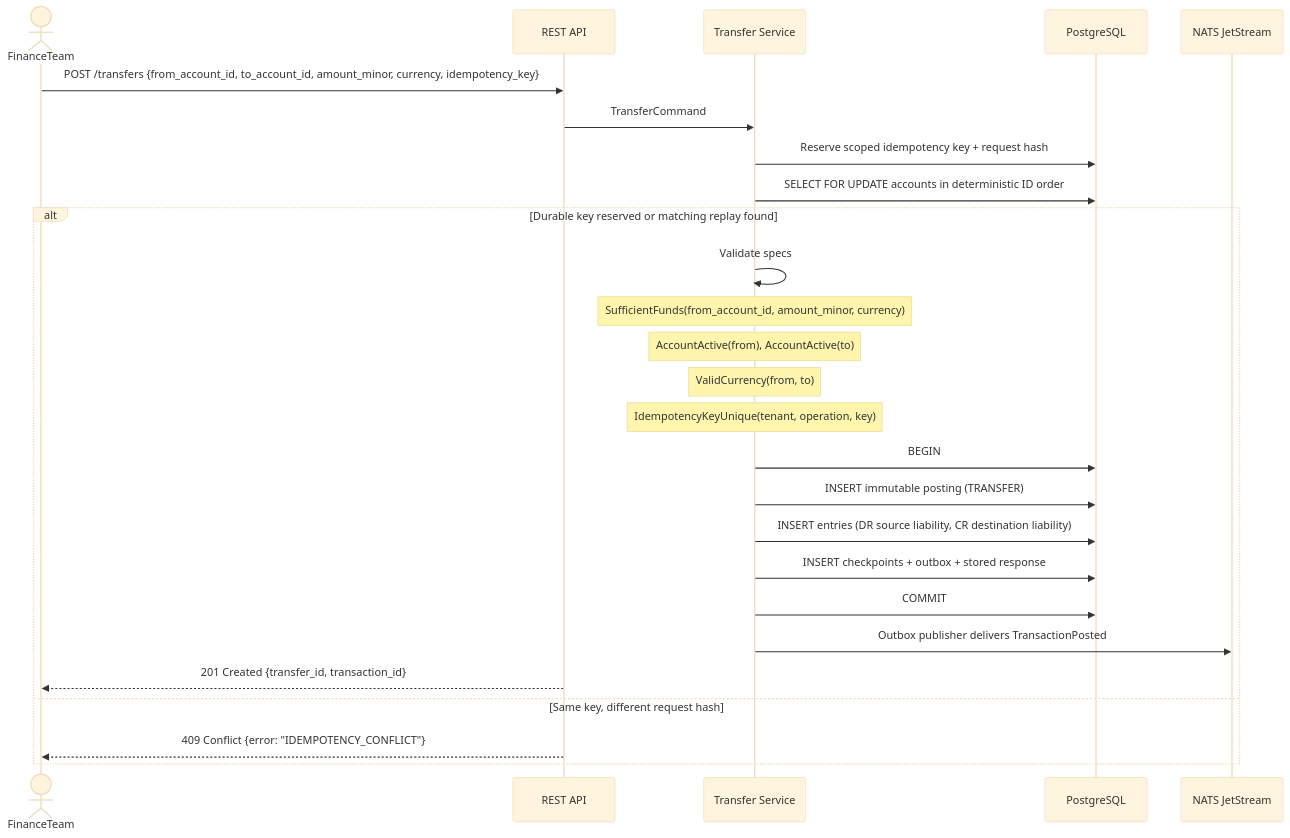
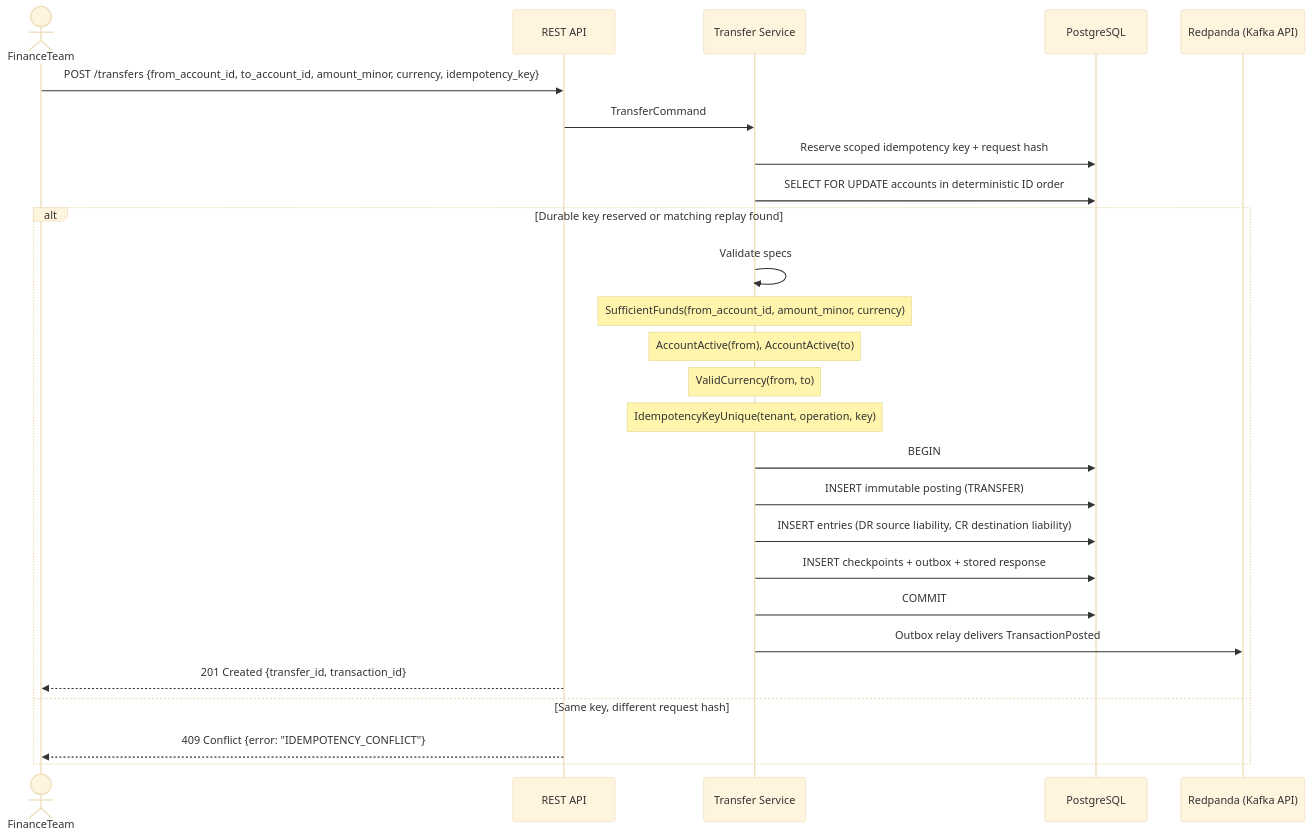
One commit to kadekutama/go-template changed the second of 7 diagrams in docs/user-journeys.md. Above: the diagram before and after it, drawn with Mermaid (base theme). The commit also changed other lines of this file and 48 other files, not shown here.

First line of the commit message:
feat(arch): distributed architecture evolution & hybrid migration planning

````diff
--- a/docs/user-journeys.md
+++ b/docs/user-journeys.md
@@ -93,29 +93,29 @@
 ```mermaid
 sequenceDiagram
     actor FinanceTeam
     participant API as REST API
     participant Ledger as Transfer Service
     participant PostgreSQL as PostgreSQL
-    participant NATS as NATS JetStream
+    participant Redpanda as Redpanda (Kafka API)
 
     FinanceTeam->>API: POST /transfers {from_account_id, to_account_id, amount_minor, currency, idempotency_key}
     API->>Ledger: TransferCommand
     Ledger->>PostgreSQL: Reserve scoped idempotency key + request hash
     Ledger->>PostgreSQL: SELECT FOR UPDATE accounts in deterministic ID order
     alt Durable key reserved or matching replay found
         Ledger->>Ledger: Validate specs
         Note over Ledger: SufficientFunds(from_account_id, amount_minor, currency)
         Note over Ledger: AccountActive(from), AccountActive(to)
         Note over Ledger: ValidCurrency(from, to)
         Note over Ledger: IdempotencyKeyUnique(tenant, operation, key)
         Ledger->>PostgreSQL: BEGIN
         Ledger->>PostgreSQL: INSERT immutable posting (TRANSFER)
         Ledger->>PostgreSQL: INSERT entries (DR source liability, CR destination liability)
         Ledger->>PostgreSQL: INSERT checkpoints + outbox + stored response
         Ledger->>PostgreSQL: COMMIT
-        Ledger->>NATS: Outbox publisher delivers TransactionPosted
+        Ledger->>Redpanda: Outbox relay delivers TransactionPosted
         API-->>FinanceTeam: 201 Created {transfer_id, transaction_id}
     else Same key, different request hash
         API-->>FinanceTeam: 409 Conflict {error: "IDEMPOTENCY_CONFLICT"}
     end
 ```
````
